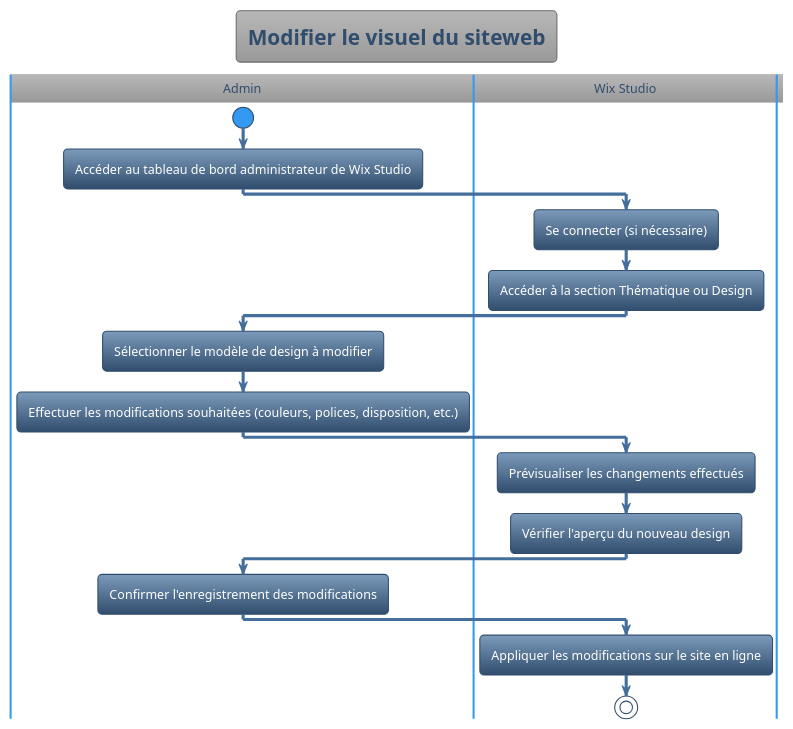
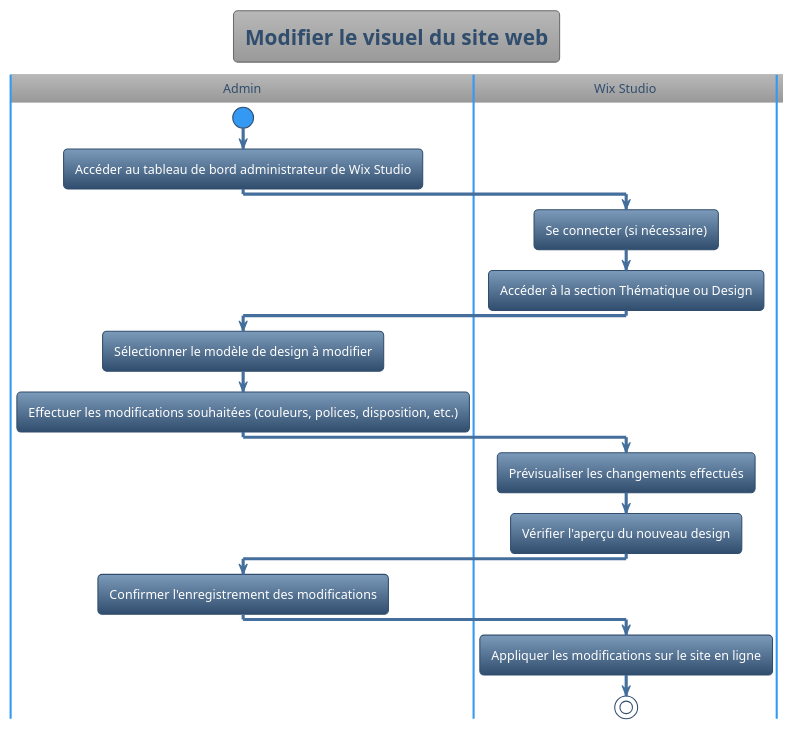
The diagram in CU12_modifCouleru.puml (Jacob-Cossette/GTI510), drawn with PlantUML before and after one commit. The commit also changed 19 other files, not shown here.

```diff
--- a/CU12_modifCouleru.puml
+++ b/CU12_modifCouleru.puml
@@ -1,21 +1,21 @@
 @startuml
 !theme spacelab
-title Modifier le visuel du siteweb
+title Modifier le visuel du site web
 |Admin|
 start
 :Accéder au tableau de bord administrateur de Wix Studio;
 |Wix Studio|
 :Se connecter (si nécessaire);
 :Accéder à la section Thématique ou Design;
 |Admin|
 :Sélectionner le modèle de design à modifier;
 :Effectuer les modifications souhaitées (couleurs, polices, disposition, etc.);
 |Wix Studio|
 :Prévisualiser les changements effectués;
 :Vérifier l'aperçu du nouveau design;
 |Admin|
 :Confirmer l'enregistrement des modifications;
 |Wix Studio|
 :Appliquer les modifications sur le site en ligne;
 stop
 @enduml
```
